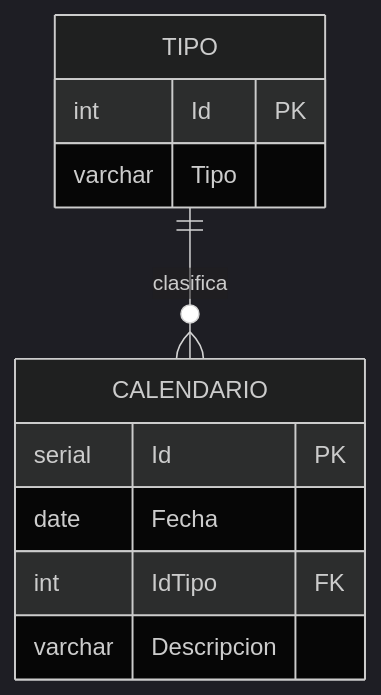
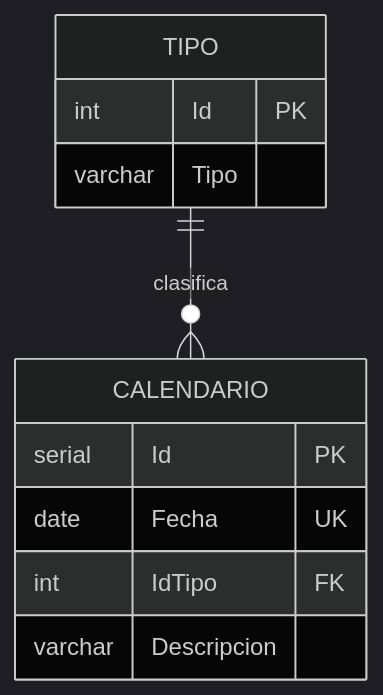
The diagram in segunda-entrega/diagrama-relacional-api-calendario.md (Agudelo-J-M/taller-uno-arquitectura), drawn with Mermaid (dark theme) before and after one commit. The commit also changed other lines of this file and 1 other file, not shown here.

First line of the commit message:
Mejoras a los diagramas de la segunda entrega

````diff
--- a/segunda-entrega/diagrama-relacional-api-calendario.md
+++ b/segunda-entrega/diagrama-relacional-api-calendario.md
@@ -9,16 +9,16 @@
 ```mermaid
 erDiagram
     TIPO ||--o{ CALENDARIO : clasifica
 
     TIPO {
         int Id PK
         varchar Tipo
     }
 
     CALENDARIO {
         serial Id PK
-        date Fecha
+        date Fecha UK
         int IdTipo FK
         varchar Descripcion
     }
 ```
````
